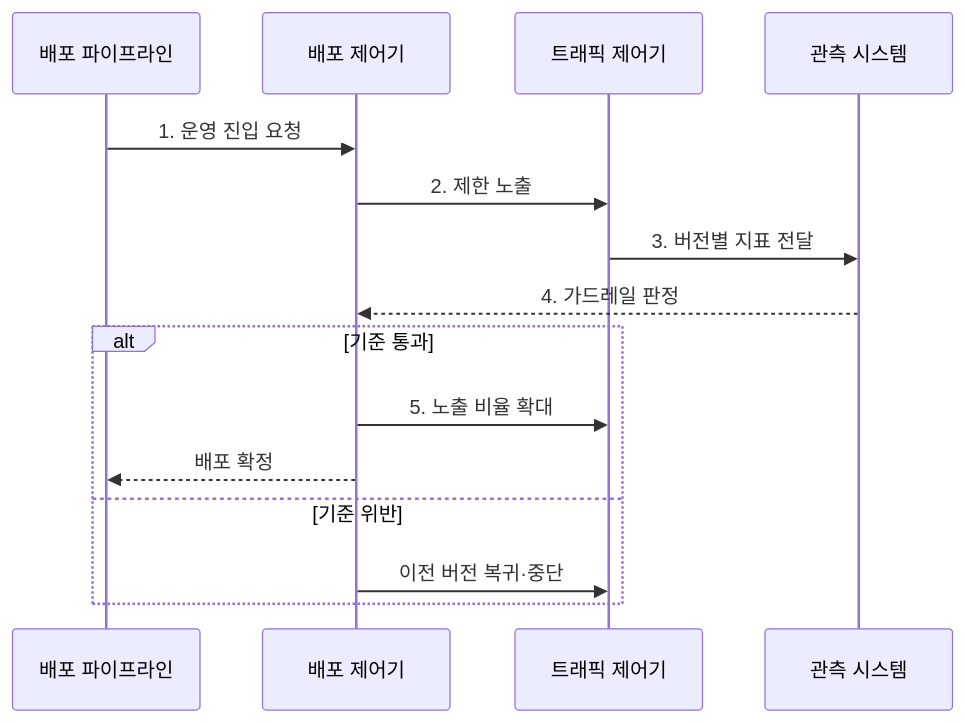
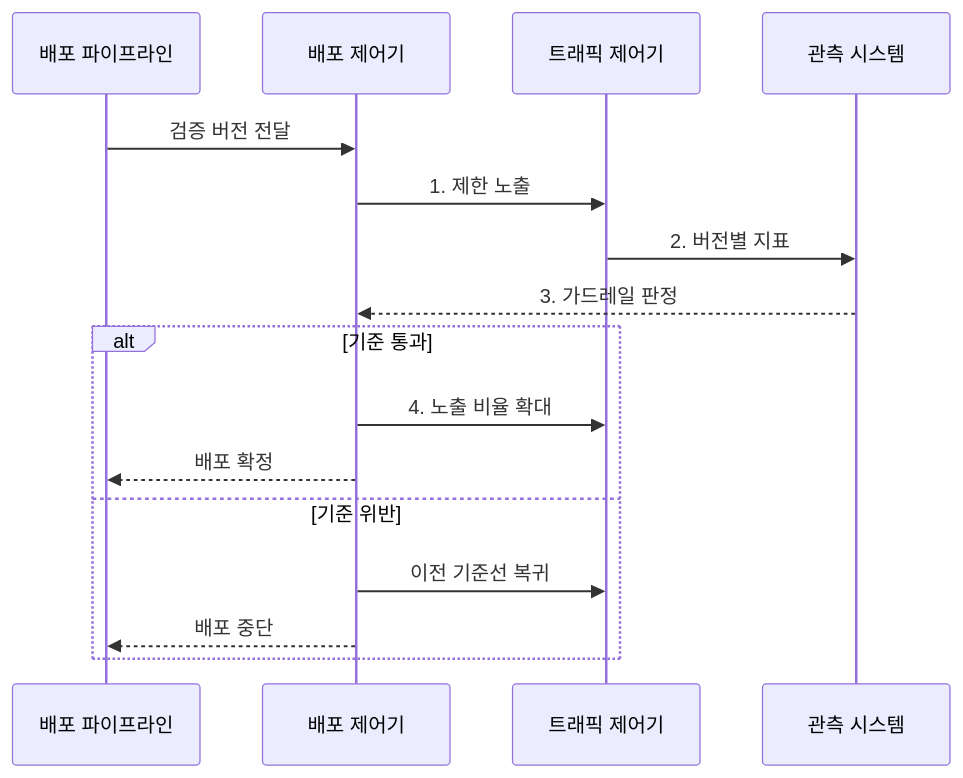
Before and after one commit to agnusdei1207/knowledge-base: the second of 2 diagrams in src/content/docs/notes/03-software/054_continuous_deployment.md, drawn with Mermaid. The commit also changed other lines of this file and 20 other files, not shown here.

````diff
--- a/src/content/docs/notes/03-software/054_continuous_deployment.md
+++ b/src/content/docs/notes/03-software/054_continuous_deployment.md
@@ -83,17 +82,18 @@
 ```mermaid
 sequenceDiagram
     participant P as 배포 파이프라인
     participant D as 배포 제어기
     participant T as 트래픽 제어기
     participant O as 관측 시스템
-    P->>D: 1. 운영 진입 요청
-    D->>T: 2. 제한 노출
-    T->>O: 3. 버전별 지표 전달
-    O-->>D: 4. 가드레일 판정
+    P->>D: 검증 버전 전달
+    D->>T: 1. 제한 노출
+    T->>O: 2. 버전별 지표
+    O-->>D: 3. 가드레일 판정
     alt 기준 통과
-        D->>T: 5. 노출 비율 확대
+        D->>T: 4. 노출 비율 확대
         D-->>P: 배포 확정
     else 기준 위반
-        D->>T: 이전 버전 복귀·중단
+        D->>T: 이전 기준선 복귀
+        D-->>P: 배포 중단
     end
 ```
````
